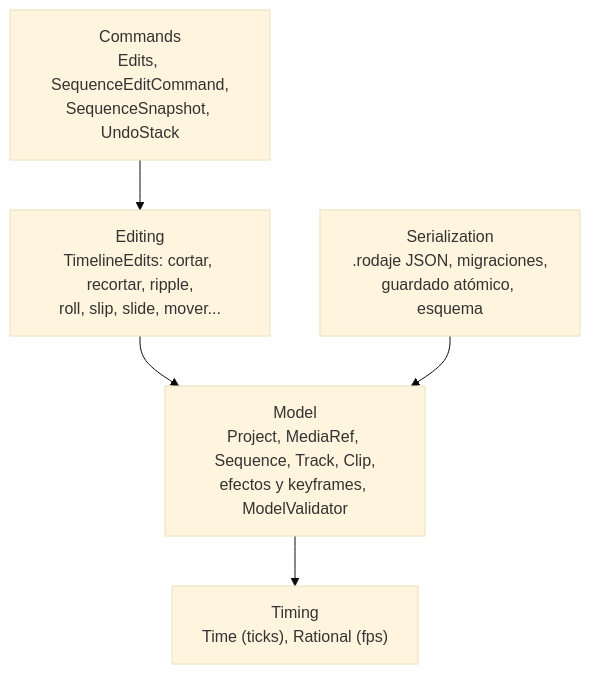
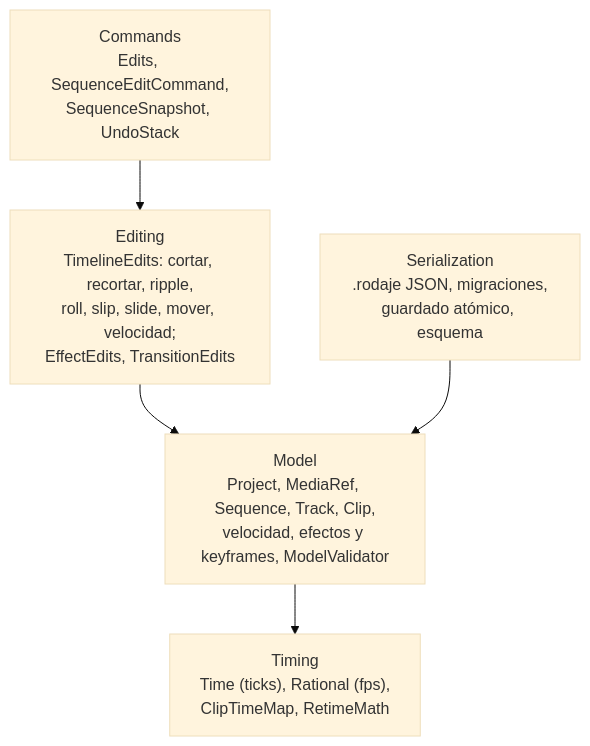
Before and after one commit to Dathinel/rodaje: the first of 2 diagrams in docs/arquitectura/nucleo.md, drawn with Mermaid (base theme). The commit also changed other lines of this file and 4 other files, not shown here.

````diff
--- a/docs/arquitectura/nucleo.md
+++ b/docs/arquitectura/nucleo.md
@@ -5,12 +5,12 @@
 ```mermaid
 flowchart TB
-    Timing["Timing<br/>Time (ticks), Rational (fps)"]
-    Model["Model<br/>Project, MediaRef, Sequence, Track, Clip,<br/>efectos y keyframes, ModelValidator"]
-    Editing["Editing<br/>TimelineEdits: cortar, recortar, ripple,<br/>roll, slip, slide, mover..."]
+    Timing["Timing<br/>Time (ticks), Rational (fps),<br/>ClipTimeMap, RetimeMath"]
+    Model["Model<br/>Project, MediaRef, Sequence, Track, Clip,<br/>velocidad, efectos y keyframes, ModelValidator"]
+    Editing["Editing<br/>TimelineEdits: cortar, recortar, ripple,<br/>roll, slip, slide, mover, velocidad;<br/>EffectEdits, TransitionEdits"]
     Commands["Commands<br/>Edits, SequenceEditCommand,<br/>SequenceSnapshot, UndoStack"]
     Serialization["Serialization<br/>.rodaje JSON, migraciones,<br/>guardado atómico, esquema"]
     Model --> Timing
     Editing --> Model
     Commands --> Editing
     Serialization --> Model
 ```
````
